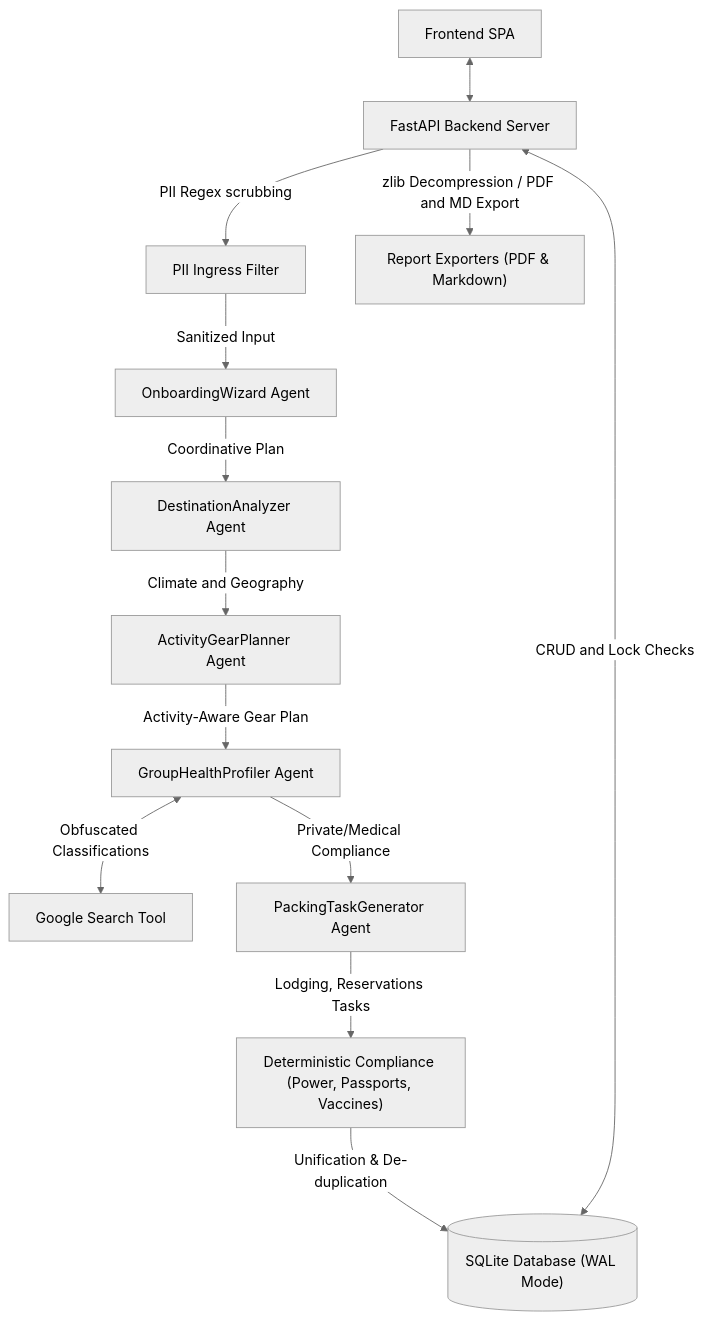
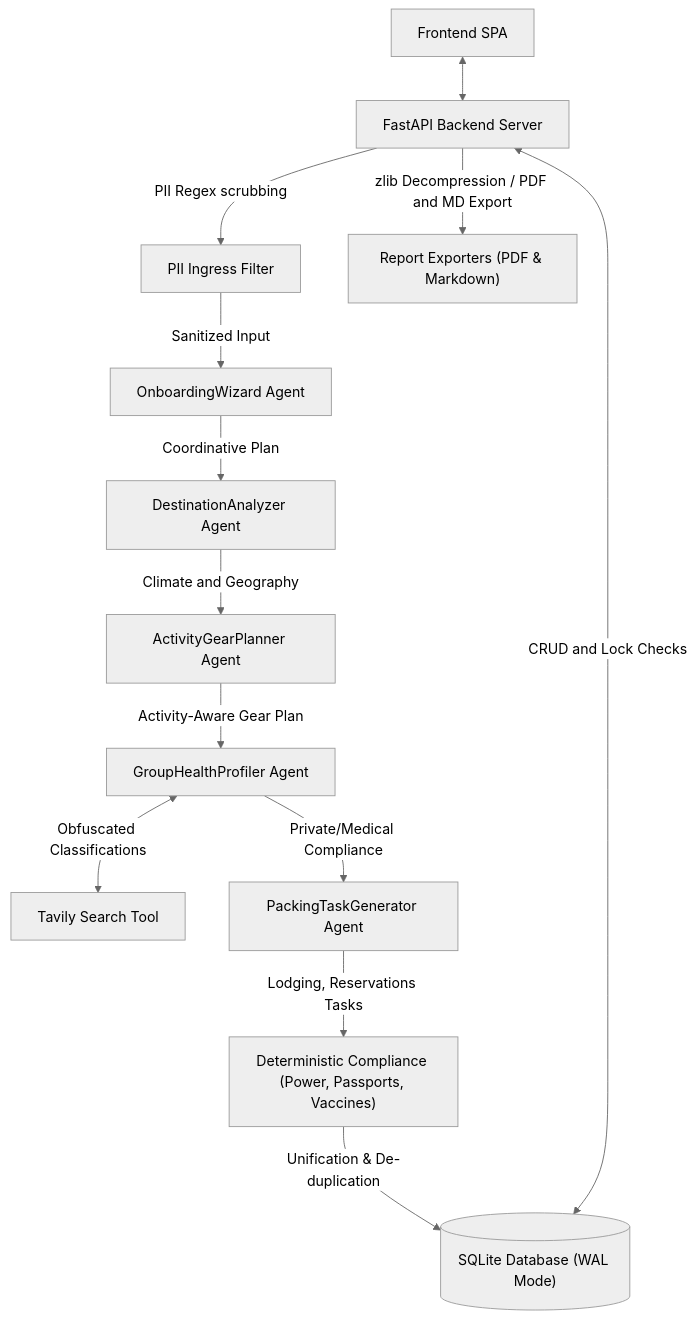
The first of 4 diagrams in README.md (jskesner/tola-app), drawn with Mermaid (neutral theme) before and after one commit. The commit also changed other lines of this file and 8 other files, not shown here.

First line of the commit message:
deploy: sync active trip chat history, onboarding sequence, and visa fixes

````diff
--- a/README.md
+++ b/README.md
@@ -9,15 +9,15 @@
 ```mermaid
 flowchart TD
     Frontend["Frontend SPA"] <--> Backend["FastAPI Backend Server"]
     Backend -->|"PII Regex scrubbing"| PIIFilter["PII Ingress Filter"]
     PIIFilter -->|"Sanitized Input"| OnboardingWizard["OnboardingWizard Agent"]
     OnboardingWizard -->|"Coordinative Plan"| DestinationAnalyzer["DestinationAnalyzer Agent"]
     DestinationAnalyzer -->|"Climate and Geography"| ActivityGearPlanner["ActivityGearPlanner Agent"]
     ActivityGearPlanner -->|"Activity-Aware Gear Plan"| GroupHealthProfiler["GroupHealthProfiler Agent"]
-    GroupHealthProfiler <-->|"Obfuscated Classifications"| GoogleSearch["Google Search Tool"]
+    GroupHealthProfiler <-->|"Obfuscated Classifications"| TavilySearch["Tavily Search Tool"]
     GroupHealthProfiler -->|"Private/Medical Compliance"| PackingTaskGenerator["PackingTaskGenerator Agent"]
     PackingTaskGenerator -->|"Lodging, Reservations Tasks"| ComplianceEngine["Deterministic Compliance (Power, Passports, Vaccines)"]
     ComplianceEngine -->|"Unification & De-duplication"| Database[("SQLite Database (WAL Mode)")]
     Backend <-->|"CRUD and Lock Checks"| Database
     Backend -->|"zlib Decompression / PDF and MD Export"| ReportExporters["Report Exporters (PDF & Markdown)"]
 ```
````
